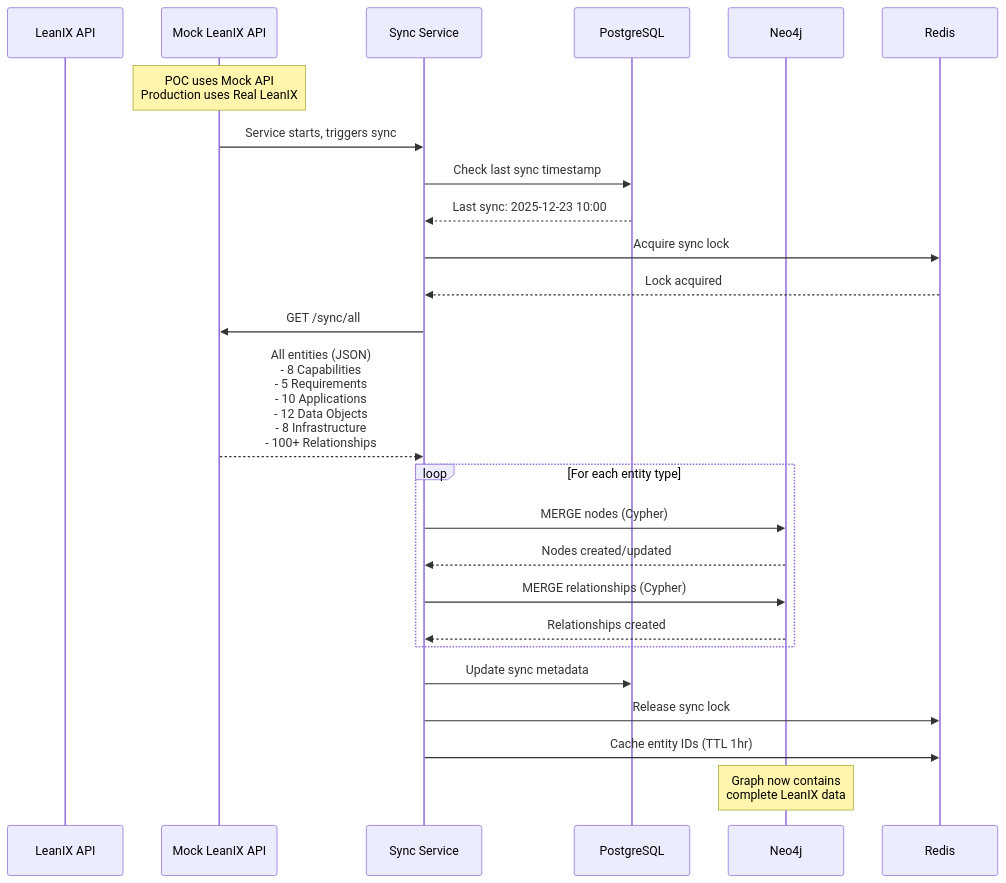
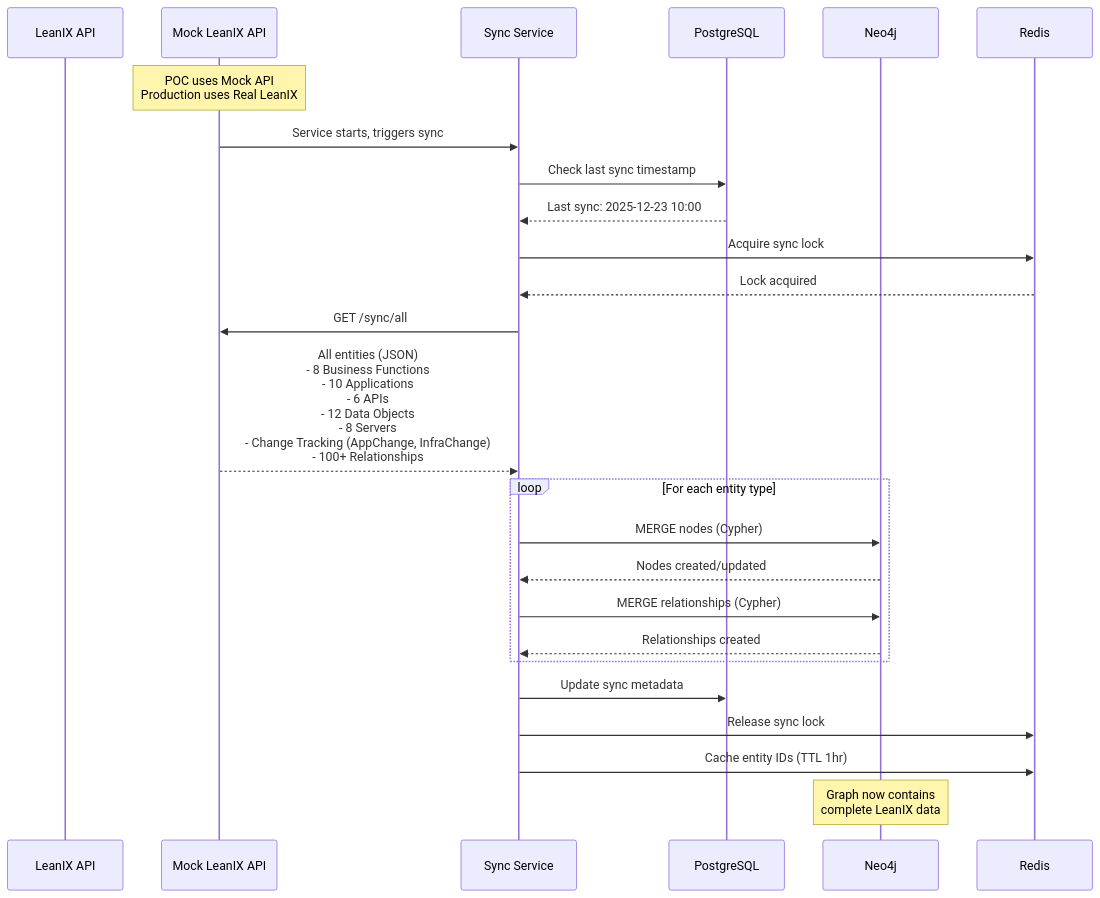
The second of 14 diagrams in poc-option-1/ARCHITECTURE.md (aware-noppadons/super-relativity), drawn with Mermaid before and after one commit. The commit also changed other lines of this file and 31 other files, not shown here.

First line of the commit message:
Simplify schema to 9 node types and update all documentation

````diff
--- a/poc-option-1/ARCHITECTURE.md
+++ b/poc-option-1/ARCHITECTURE.md
@@ -90,33 +90,33 @@
 ```mermaid
 sequenceDiagram
     participant L as LeanIX API
     participant M as Mock LeanIX API
     participant S as Sync Service
     participant P as PostgreSQL
     participant N as Neo4j
     participant R as Redis
 
     Note over M: POC uses Mock API<br/>Production uses Real LeanIX
 
     M->>S: Service starts, triggers sync
     S->>P: Check last sync timestamp
     P-->>S: Last sync: 2025-12-23 10:00
     S->>R: Acquire sync lock
     R-->>S: Lock acquired
 
     S->>M: GET /sync/all
-    M-->>S: All entities (JSON)<br/>- 8 Capabilities<br/>- 5 Requirements<br/>- 10 Applications<br/>- 12 Data Objects<br/>- 8 Infrastructure<br/>- 100+ Relationships
+    M-->>S: All entities (JSON)<br/>- 8 Business Functions<br/>- 10 Applications<br/>- 6 APIs<br/>- 12 Data Objects<br/>- 8 Servers<br/>- Change Tracking (AppChange, InfraChange)<br/>- 100+ Relationships
 
     loop For each entity type
         S->>N: MERGE nodes (Cypher)
         N-->>S: Nodes created/updated
         S->>N: MERGE relationships (Cypher)
         N-->>S: Relationships created
     end
 
     S->>P: Update sync metadata
     S->>R: Release sync lock
     S->>R: Cache entity IDs (TTL 1hr)
 
     Note over N: Graph now contains<br/>complete LeanIX data
 ```
````
